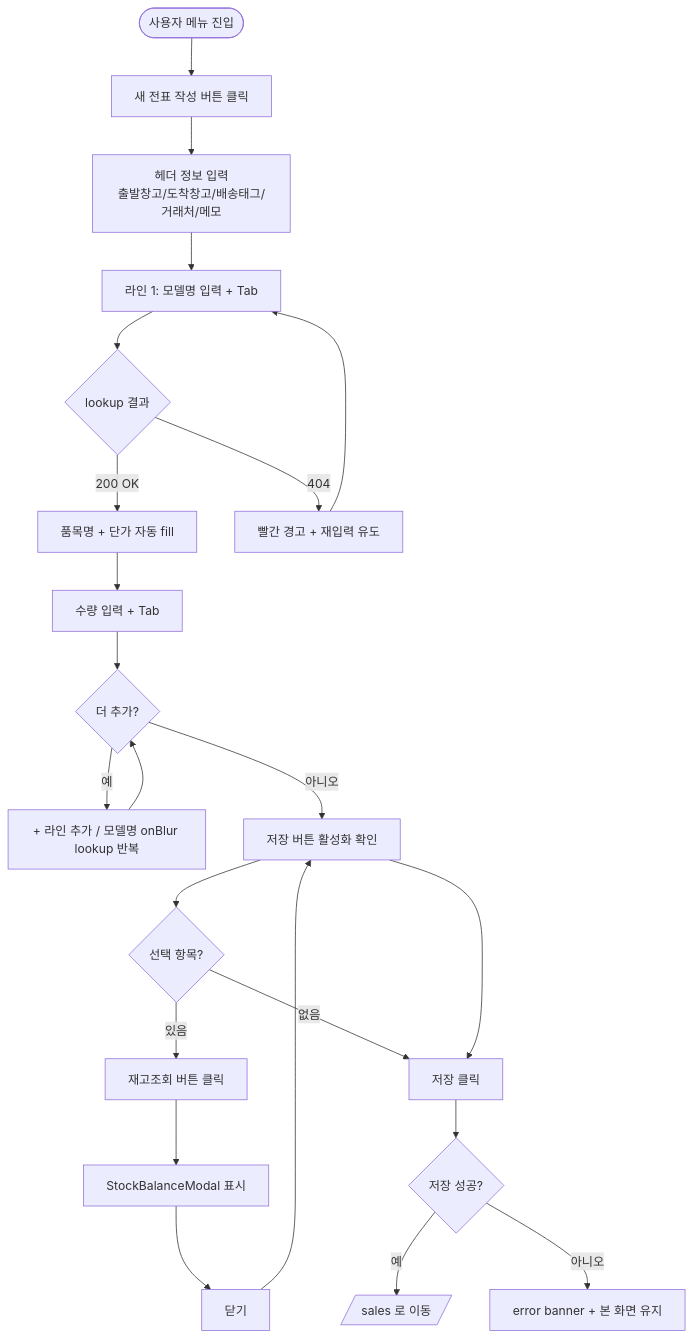
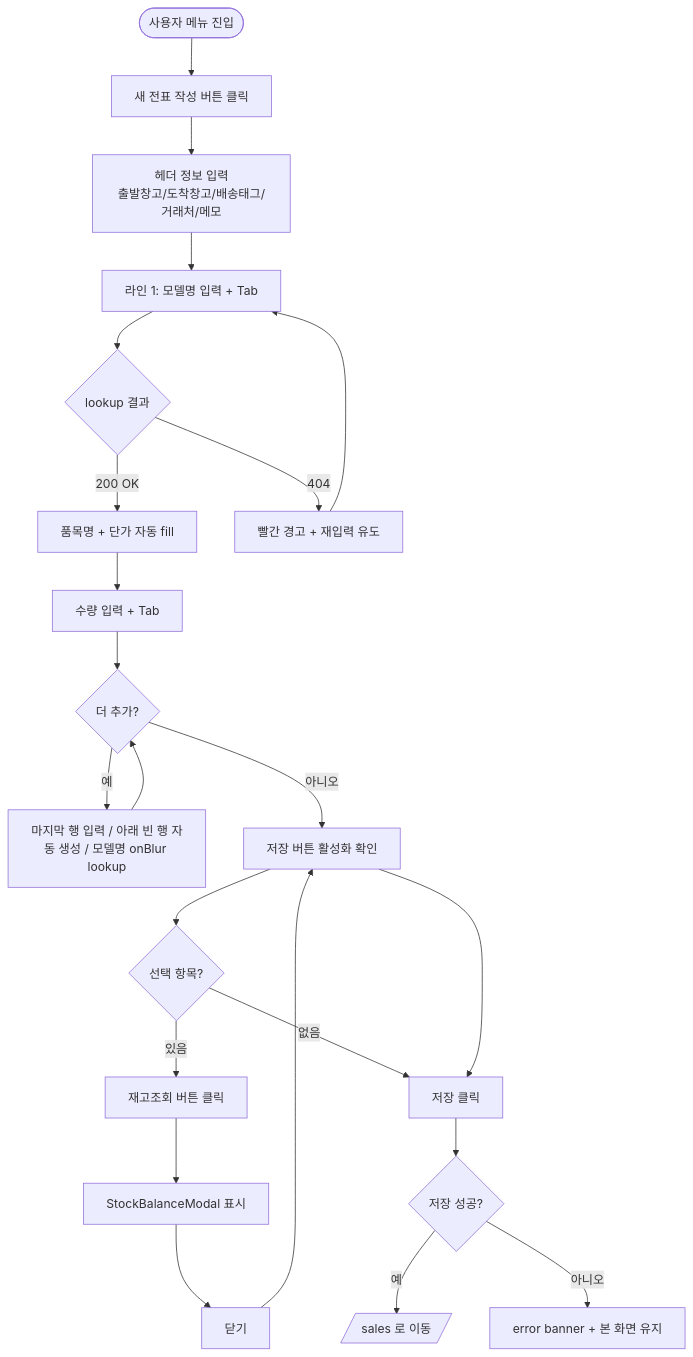
Before and after one commit to ewoo14/Samhan-Public: the first of 5 diagrams in docs/design/sales-form-polish-slice/ux-flow.md, drawn with Mermaid. The commit also changed 175 other files, not shown here.

````diff
--- a/docs/design/sales-form-polish-slice/ux-flow.md
+++ b/docs/design/sales-form-polish-slice/ux-flow.md
@@ -11,25 +11,25 @@
 ```mermaid
 flowchart TD
     Start([사용자 메뉴 진입]) --> A[새 전표 작성 버튼 클릭]
     A --> B[헤더 정보 입력<br/>출발창고/도착창고/배송태그/거래처/메모]
     B --> C[라인 1: 모델명 입력 + Tab]
     C --> D{lookup 결과}
     D -->|200 OK| E[품목명 + 단가 자동 fill]
     D -->|404| F[빨간 경고 + 재입력 유도]
     F --> C
     E --> G[수량 입력 + Tab]
     G --> H{더 추가?}
-    H -->|예| I[+ 라인 추가 / 모델명 onBlur lookup 반복]
+    H -->|예| I[마지막 행 입력 / 아래 빈 행 자동 생성 / 모델명 onBlur lookup]
     I --> H
     H -->|아니오| J[저장 버튼 활성화 확인]
     J --> K{선택 항목?}
     K -->|있음| L[재고조회 버튼 클릭]
     L --> M[StockBalanceModal 표시]
     M --> N[닫기]
     N --> J
     K -->|없음| O[저장 클릭]
     J --> O
     O --> P{저장 성공?}
     P -->|예| Q[/sales 로 이동/]
     P -->|아니오| R[error banner + 본 화면 유지]
 ```
````
